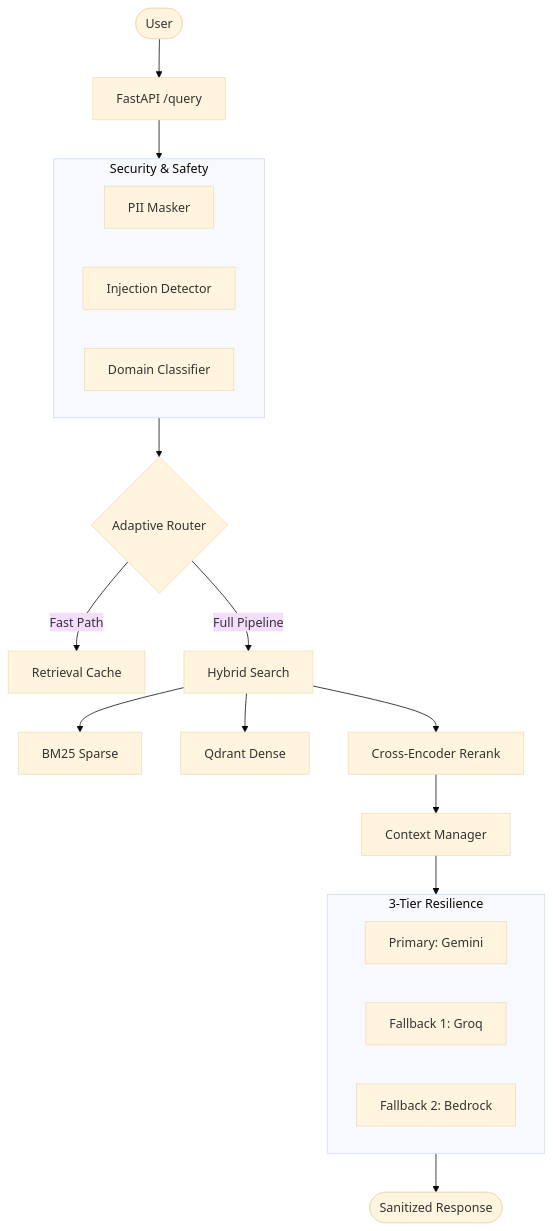
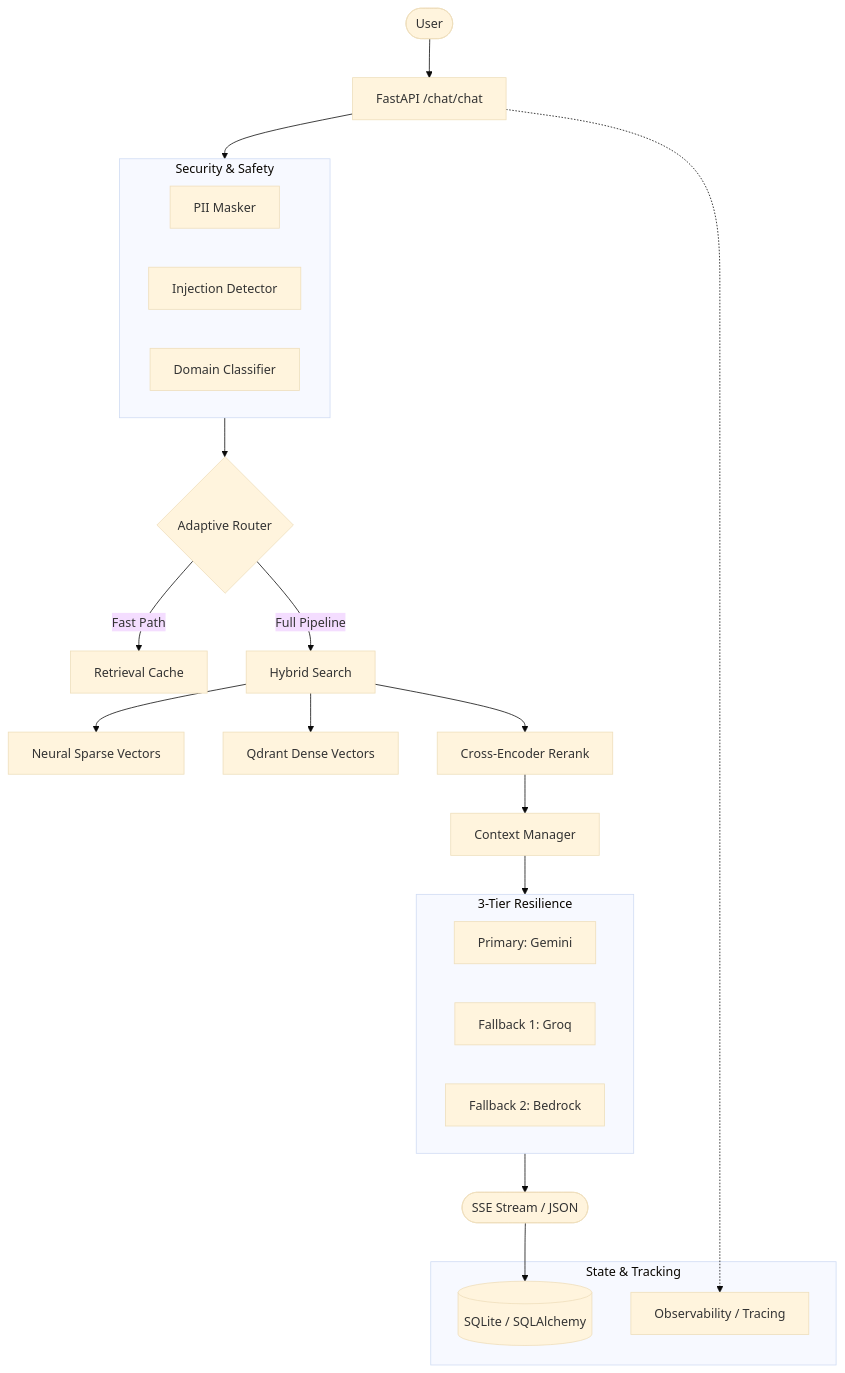
Before and after one commit to shubhamdhivare96/AI_Assistant: the diagram in README.md, drawn with Mermaid (base theme). The commit also changed other lines of this file, not shown here.

````diff
--- a/README.md
+++ b/README.md
@@ -7,24 +7,30 @@
 ```mermaid
 graph TD
-    User([User]) --> API[FastAPI /query]
+    User([User]) --> API[FastAPI /chat/chat]
     API --> Security[Security Layer]
     subgraph Security [Security & Safety]
         PII[PII Masker]
         Injection[Injection Detector]
         Domain[Domain Classifier]
     end
     Security --> Router{Adaptive Router}
     Router -->|Fast Path| Cache[Retrieval Cache]
     Router -->|Full Pipeline| Hybrid[Hybrid Search]
-    Hybrid --> BM25[BM25 Sparse]
-    Hybrid --> Vector[Qdrant Dense]
+    Hybrid --> Sparse[Neural Sparse Vectors]
+    Hybrid --> Dense[Qdrant Dense Vectors]
     Hybrid --> Rerank[Cross-Encoder Rerank]
     Rerank --> Context[Context Manager]
     Context --> LLM[LLM Service]
     subgraph LLM [3-Tier Resilience]
         Gemini[Primary: Gemini]
         Groq[Fallback 1: Groq]
         Bedrock[Fallback 2: Bedrock]
     end
-    LLM --> Response([Sanitized Response])
+    subgraph Persistence [State & Tracking]
+        DB[(SQLite / SQLAlchemy)]
+        Obs[Observability / Tracing]
+    end
+    LLM --> Response([SSE Stream / JSON])
+    Response --> DB
+    API -.-> Obs
 ```
````
